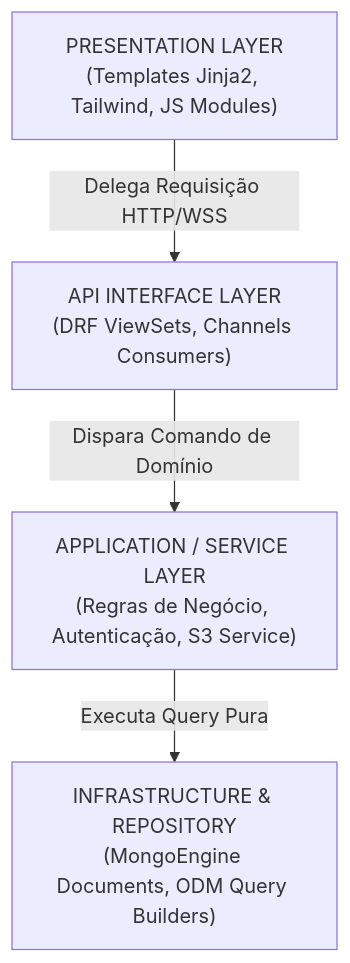
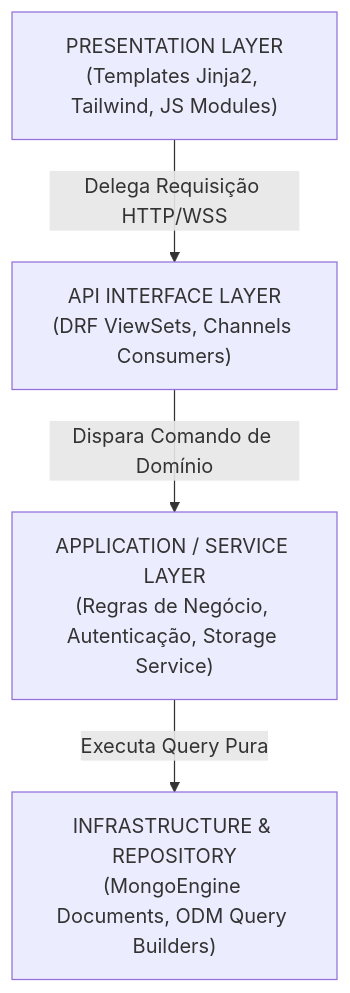
Before and after one commit to pedroprobst/cardapio_fabio: the first of 2 diagrams in docs/05-arquitetura.md, drawn with Mermaid. The commit also changed other lines of this file and 10 other files, not shown here.

````diff
--- a/docs/05-arquitetura.md
+++ b/docs/05-arquitetura.md
@@ -44,13 +44,13 @@
 ```mermaid
 graph TD
     %% Nodos
     PR["PRESENTATION LAYER\n(Templates Jinja2, Tailwind, JS Modules)"]
     IN["API INTERFACE LAYER\n(DRF ViewSets, Channels Consumers)"]
-    AP["APPLICATION / SERVICE LAYER\n(Regras de Negócio, Autenticação, S3 Service)"]
+    AP["APPLICATION / SERVICE LAYER\n(Regras de Negócio, Autenticação, Storage Service)"]
     DB["INFRASTRUCTURE & REPOSITORY\n(MongoEngine Documents, ODM Query Builders)"]
 
     %% Relacionamentos
     PR -- Delega Requisição HTTP/WSS --> IN
     IN -- Dispara Comando de Domínio --> AP
     AP -- Executa Query Pura --> DB
 ```
````
